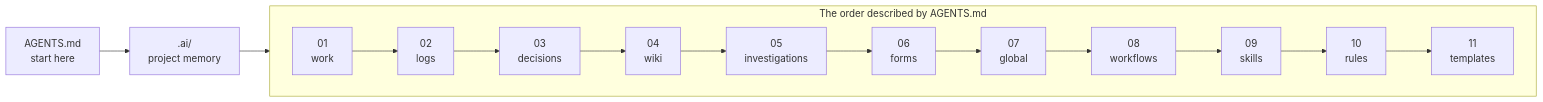
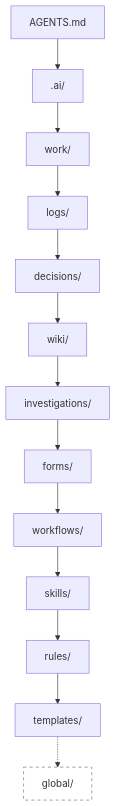
The first of 2 diagrams in README.md (marcosrdac/gamk), drawn with Mermaid before and after one commit. The commit also changed other lines of this file and 2 other files, not shown here.

Commit message:
docs: simplify README memory diagram

````diff
--- a/README.md
+++ b/README.md
@@ -48,11 +22,7 @@
 ```mermaid
-flowchart LR
-    A["AGENTS.md<br/>start here"] --> M[".ai/<br/>project memory"]
-
-    subgraph O["The order described by AGENTS.md"]
-        direction LR
-        W["01<br/>work"] --> L["02<br/>logs"] --> D["03<br/>decisions"] --> K["04<br/>wiki"] --> I["05<br/>investigations"] --> F["06<br/>forms"] --> G["07<br/>global"] --> P["08<br/>workflows"] --> S["09<br/>skills"] --> R["10<br/>rules"] --> T["11<br/>templates"]
-    end
-
-    M --> W
+flowchart TD
+    A["AGENTS.md"] --> M[".ai/"]
+    M --> W["work/"] --> L["logs/"] --> D["decisions/"] --> K["wiki/"] --> I["investigations/"] --> F["forms/"] --> P["workflows/"] --> S["skills/"] --> R["rules/"] --> T["templates/"]
+    T -.-> G["global/"]
+    style G fill:transparent,stroke:#666,stroke-dasharray: 5 5
 ```
````
